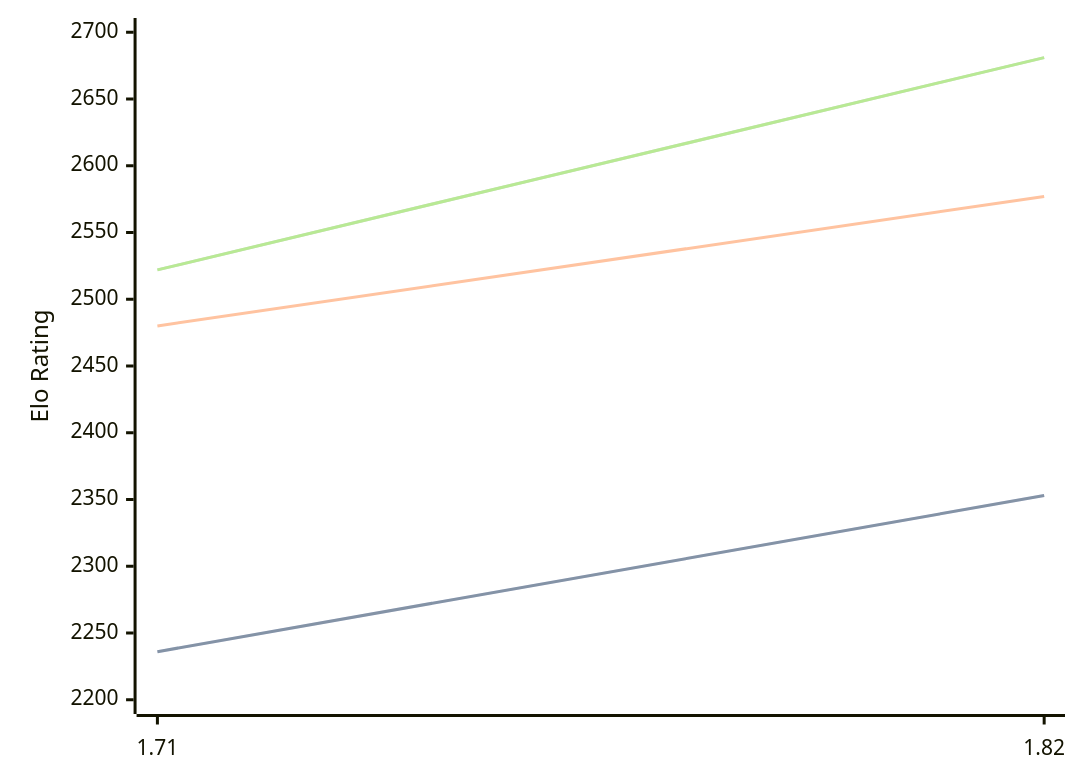
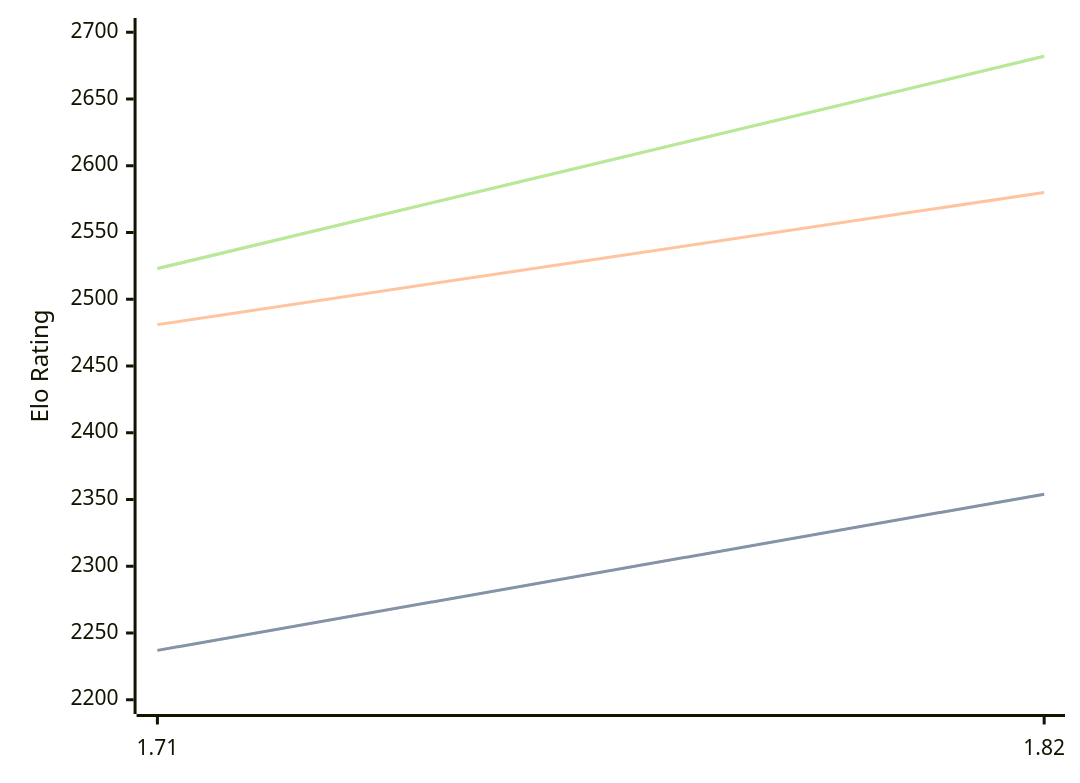
Before and after one commit to computer-chess-index/cci: the diagram in engines/Amira.md, drawn with Mermaid. The commit also changed other lines of this file, not shown here.

Commit message:
Update CCI Ratings (ELO VLTC) - 2026-05-16

````diff
--- a/engines/Amira.md
+++ b/engines/Amira.md
@@ -35,11 +35,11 @@
 ```mermaid
 %%{init: {"theme":"base","themeVariables":{"seriesColors:['#a3a3a3','#222221','#faa371']}}}%%
 xychart-beta
   x-axis ["1.71", "1.82"]
   y-axis "Elo Rating" 2200 --> 2700
-  line "STC (8.0+0.08s)" [2236, 2353]
-  line "STC (8.0+0.08s)" [2236, 2353]
-  line "LTC (60.0+0.60s)" [2480, 2577]
-  line "VLTC (2m24s+1.12s)" [2522, 2681]
-  line "VLTC (2m24s+1.12s)" [2522, 2681]
+  line "STC (8.0+0.08s)" [2237, 2354]
+  line "STC (8.0+0.08s)" [2237, 2354]
+  line "LTC (60.0+0.60s)" [2481, 2580]
+  line "VLTC (2m24s+1.12s)" [2523, 2682]
+  line "VLTC (2m24s+1.12s)" [2523, 2682]
 ```
````
